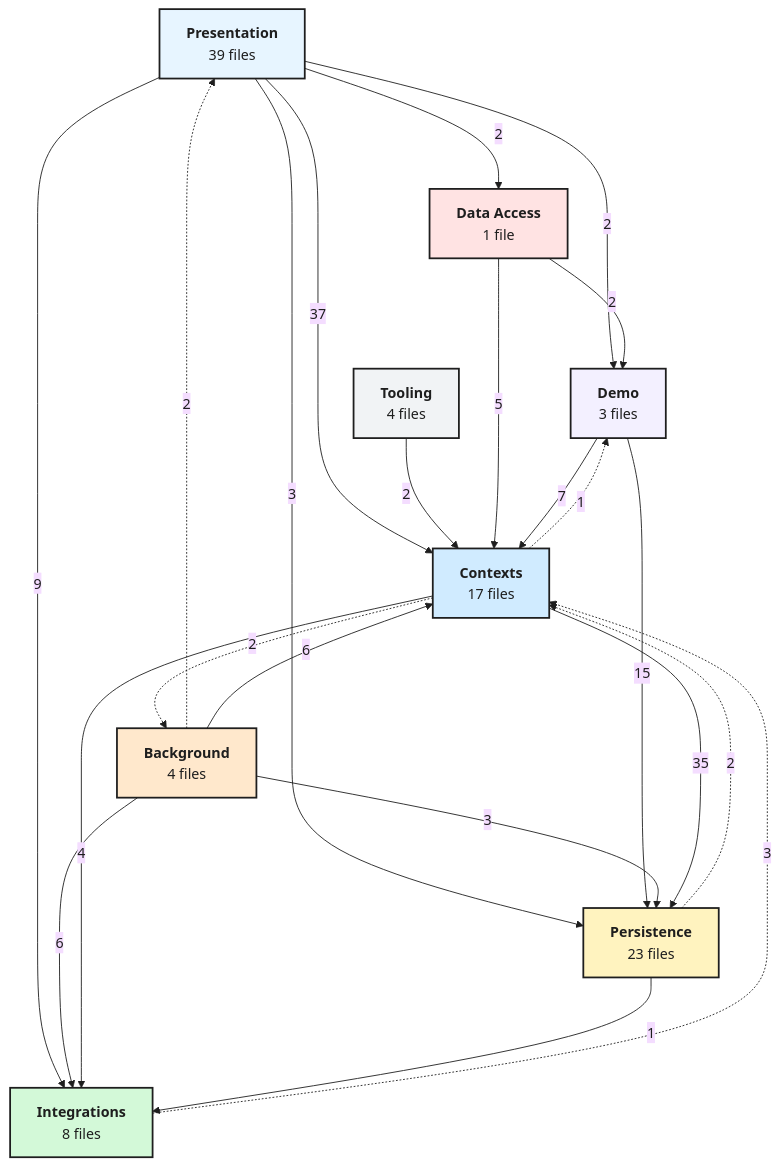
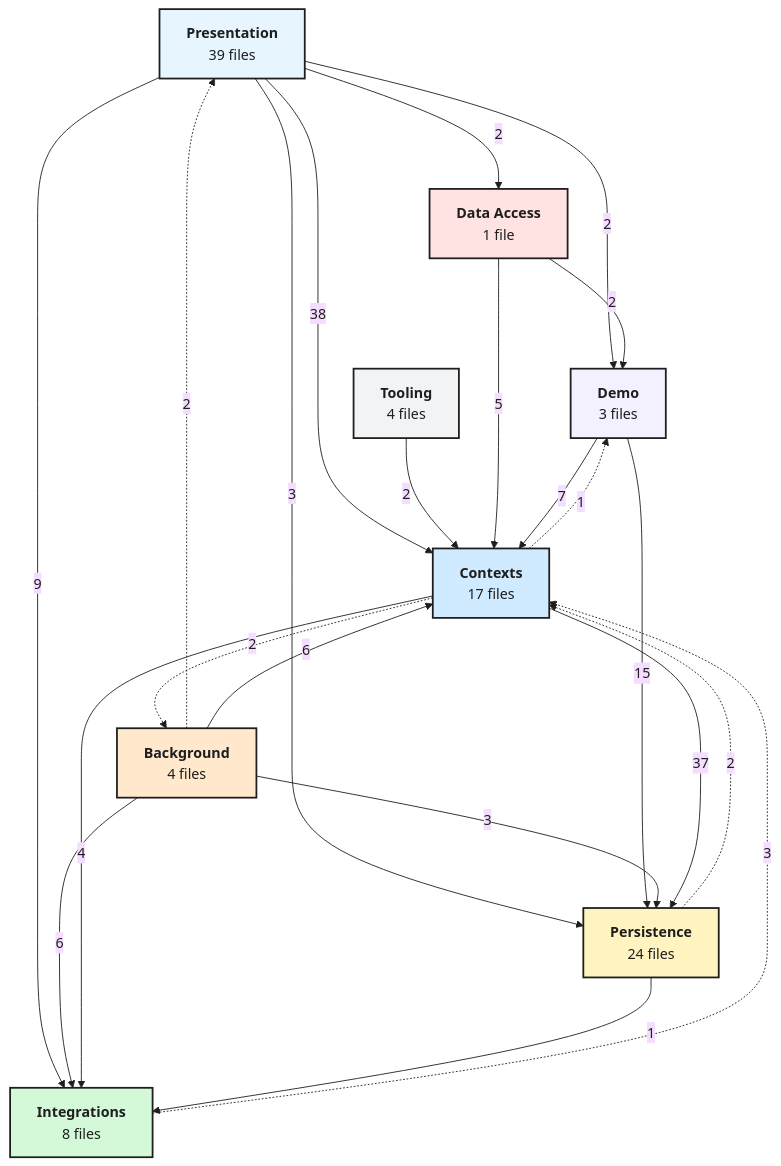
Before and after one commit to sudo-adduser-jordan/tripwire: the second of 2 diagrams in docs/architecture.md, drawn with Mermaid. The commit also changed other lines of this file and 29 other files, not shown here.

````diff
--- a/docs/architecture.md
+++ b/docs/architecture.md
@@ -70,41 +70,41 @@
 ```mermaid
 %%{init: {"theme": "base", "flowchart": {"curve": "basis", "nodeSpacing": 60, "rankSpacing": 100, "wrappingWidth": 200}, "themeVariables": {"fontFamily": "sans-serif", "lineColor": "#1e1e1e", "primaryTextColor": "#1e1e1e"}}}%%
 flowchart TD
   presentation["<b>Presentation</b><br/>39 files"]:::blue
   tooling["<b>Tooling</b><br/>4 files"]:::gray
   data_access["<b>Data Access</b><br/>1 file"]:::rose
   demo["<b>Demo</b><br/>3 files"]:::violet
   background["<b>Background</b><br/>4 files"]:::orange
   contexts["<b>Contexts</b><br/>17 files"]:::cyan
-  persistence["<b>Persistence</b><br/>23 files"]:::yellow
+  persistence["<b>Persistence</b><br/>24 files"]:::yellow
   integrations["<b>Integrations</b><br/>8 files"]:::green
   presentation -->|2| data_access
   presentation -->|2| demo
-  presentation -->|37| contexts
+  presentation -->|38| contexts
   presentation -->|3| persistence
   presentation -->|9| integrations
   tooling -->|2| contexts
   data_access -->|2| demo
   data_access -->|5| contexts
   demo -->|7| contexts
   demo -->|15| persistence
   background -.->|2| presentation
   background -->|6| contexts
   background -->|3| persistence
   background -->|6| integrations
   contexts -.->|1| demo
   contexts -.->|2| background
-  contexts -->|35| persistence
+  contexts -->|37| persistence
   contexts -->|4| integrations
   persistence -.->|2| contexts
   persistence -->|1| integrations
   integrations -.->|3| contexts
   classDef blue fill:#e7f5ff,stroke:#1e1e1e,stroke-width:2px,color:#1e1e1e
   classDef gray fill:#f1f3f5,stroke:#1e1e1e,stroke-width:2px,color:#1e1e1e
   classDef rose fill:#ffe3e3,stroke:#1e1e1e,stroke-width:2px,color:#1e1e1e
   classDef violet fill:#f3f0ff,stroke:#1e1e1e,stroke-width:2px,color:#1e1e1e
   classDef orange fill:#ffe8cc,stroke:#1e1e1e,stroke-width:2px,color:#1e1e1e
   classDef cyan fill:#d0ebff,stroke:#1e1e1e,stroke-width:2px,color:#1e1e1e
   classDef yellow fill:#fff3bf,stroke:#1e1e1e,stroke-width:2px,color:#1e1e1e
   classDef green fill:#d3f9d8,stroke:#1e1e1e,stroke-width:2px,color:#1e1e1e
 ```
````
